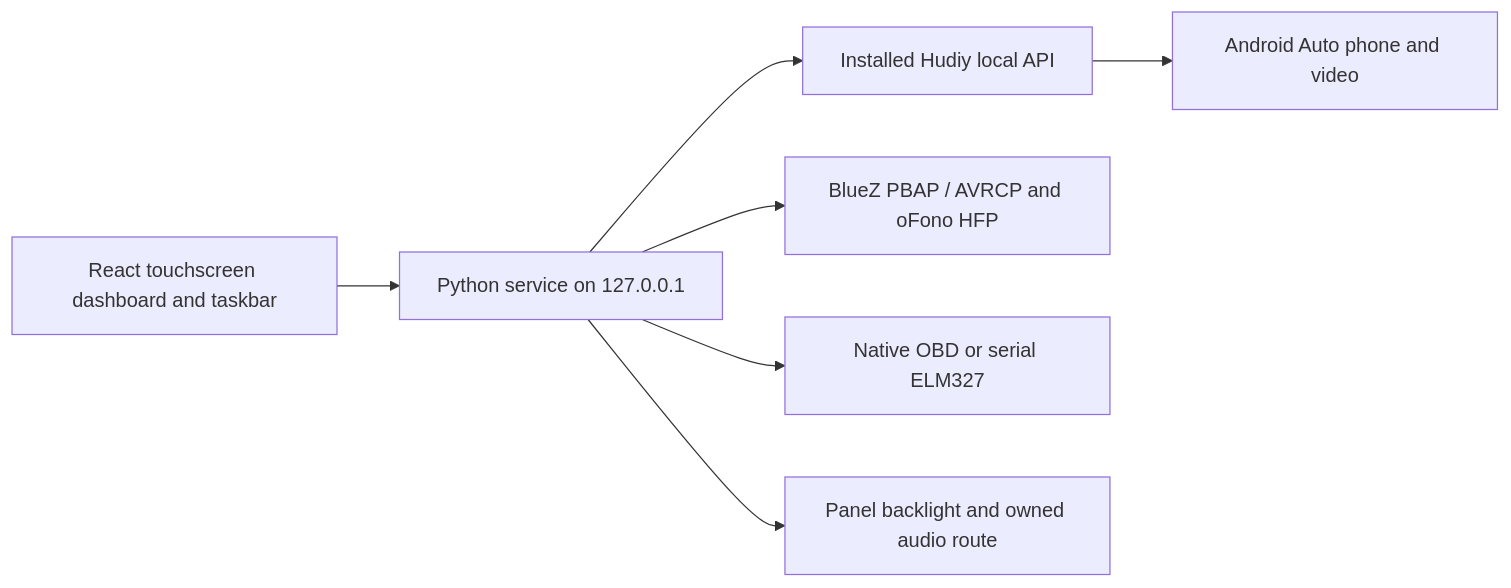
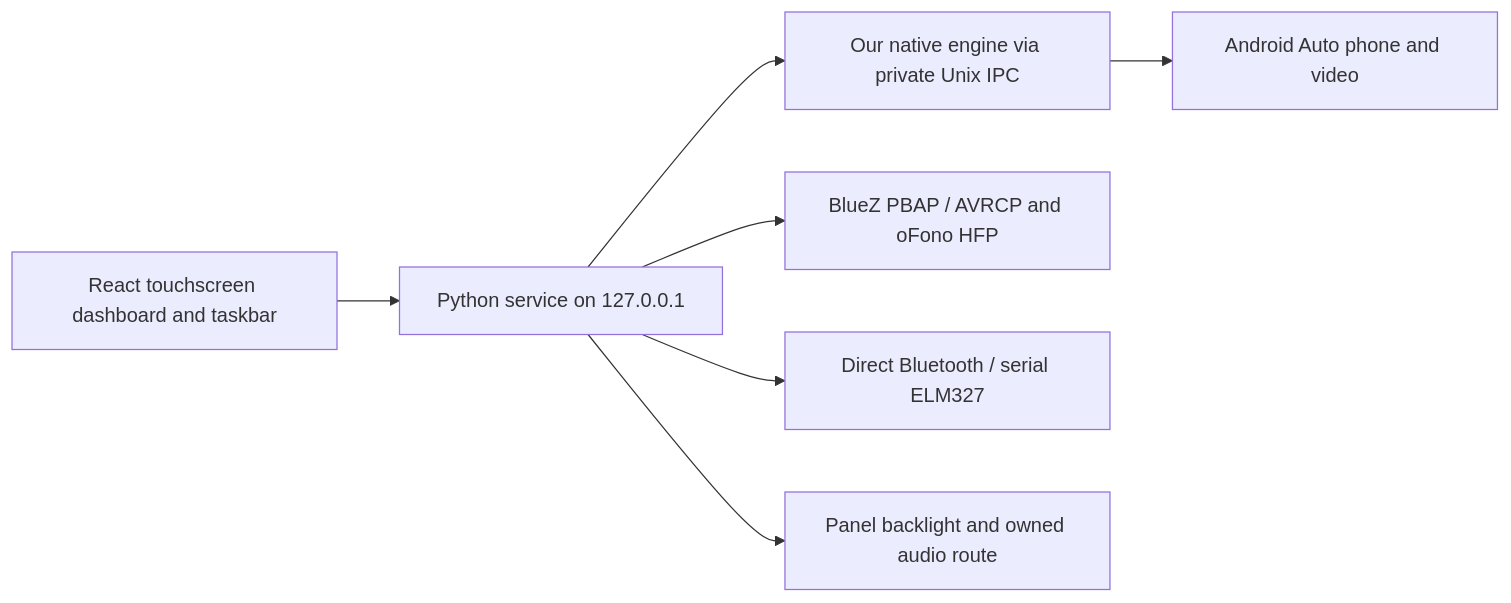
Before and after one commit to EpicNori/clean-room-reverse-engeenering-hudiy: the diagram in README.md, drawn with Mermaid. The commit also changed other lines of this file and 37 other files, not shown here.

````diff
--- a/README.md
+++ b/README.md
@@ -99,9 +162,9 @@
 ```mermaid
 flowchart LR
     UI[React touchscreen dashboard and taskbar] --> API[Python service on 127.0.0.1]
-    API --> Native[Installed Hudiy local API]
+    API --> Native[Our native engine via private Unix IPC]
     Native --> AA[Android Auto phone and video]
     API --> Phone[BlueZ PBAP / AVRCP and oFono HFP]
-    API --> OBD[Native OBD or serial ELM327]
+    API --> OBD[Direct Bluetooth / serial ELM327]
     API --> Pi[Panel backlight and owned audio route]
 ```
````
